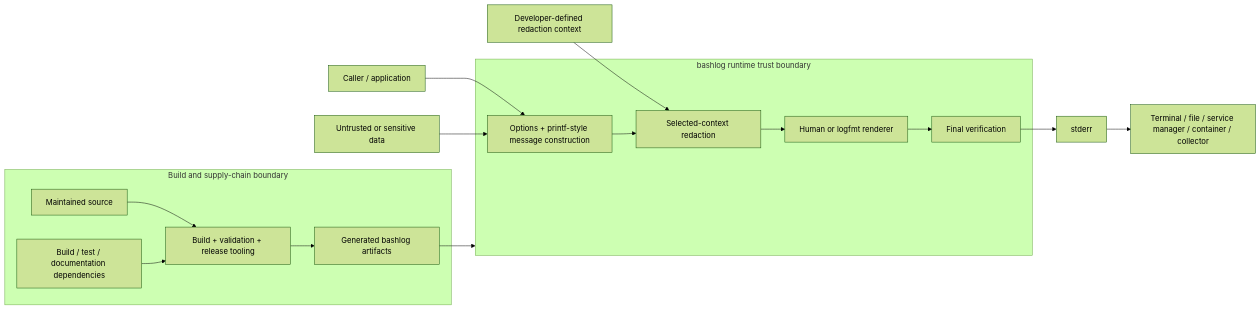
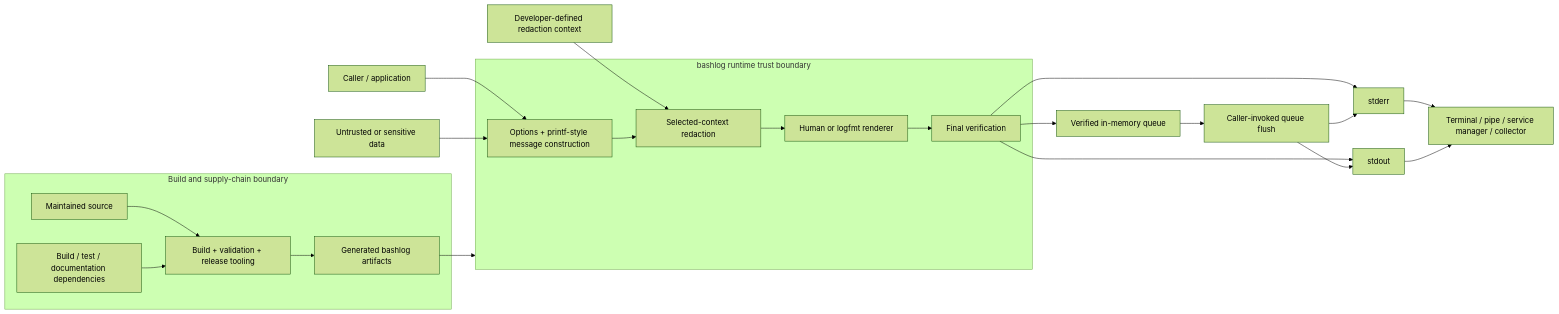
One commit to wesley-dean/bashlog changed the diagram in doc/threat-model.md. Above: the diagram before and after it, drawn with Mermaid (forest theme). The commit also changed other lines of this file and 10 other files, not shown here.

````diff
--- a/doc/threat-model.md
+++ b/doc/threat-model.md
@@ -87,37 +89,46 @@
 ```mermaid
 flowchart LR
     caller[Caller / application]
     untrusted[Untrusted or sensitive data]
     context[Developer-defined redaction context]
 
     subgraph runtime[bashlog runtime trust boundary]
         parse[Options + printf-style message construction]
         redact[Selected-context redaction]
         render[Human or logfmt renderer]
         verify[Final verification]
     end
 
+    queue[Verified in-memory queue]
+    flush[Caller-invoked queue flush]
     stderr[stderr]
-    downstream[Terminal / file / service manager / container / collector]
+    stdout[stdout]
+    downstream[Terminal / pipe / service manager / collector]
 
     caller --> parse
     untrusted --> parse
     context --> redact
     parse --> redact
     redact --> render
     render --> verify
     verify --> stderr
+    verify --> stdout
+    verify --> queue
+    queue --> flush
+    flush --> stderr
+    flush --> stdout
     stderr --> downstream
+    stdout --> downstream
 
     subgraph supply[Build and supply-chain boundary]
         source[Maintained source]
         deps[Build / test / documentation dependencies]
         build[Build + validation + release tooling]
         artifacts[Generated bashlog artifacts]
     end
 
     source --> build
     deps --> build
     build --> artifacts
     artifacts --> runtime
 ```
````
